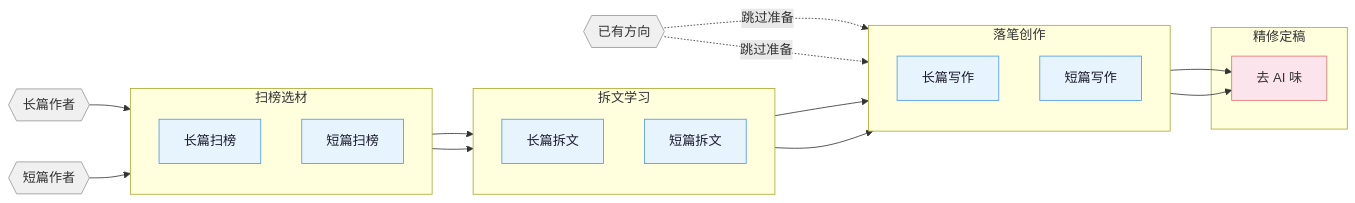
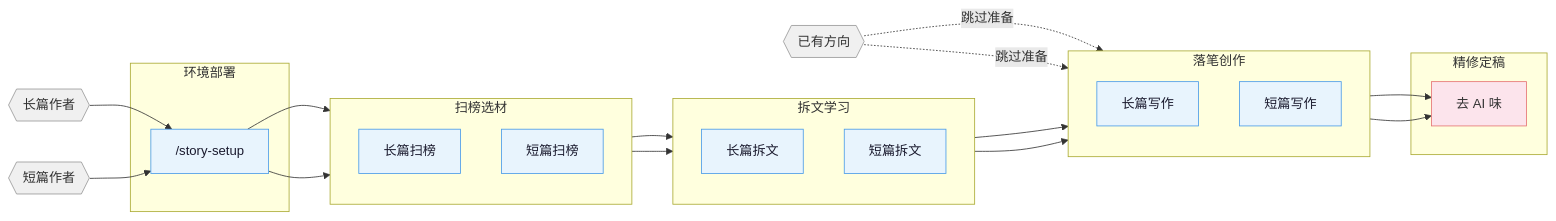
One commit to DevZonayed/nexalance-skill-worldwonderer-oh-story-claudecode changed the diagram in README.md. Above: the diagram before and after it, drawn with Mermaid. The commit also changed other lines of this file and 22 other files, not shown here.

First line of the commit message:
feat: story-setup 基础设施部署 skill（改进版） (#7)

````diff
--- a/README.md
+++ b/README.md
@@ -7,43 +7,49 @@
 ```mermaid
 flowchart LR
     classDef entry fill:#f0f0f0,color:#333,stroke:#999,stroke-width:1px
     classDef phase fill:#e8f4fd,color:#1a1a2e,stroke:#4a9be8,stroke-width:1px
     classDef final fill:#fce4ec,color:#333,stroke:#e57373,stroke-width:1px
 
     entry_l{{"长篇作者"}}:::entry
     entry_s{{"短篇作者"}}:::entry
     entry_r{{"已有方向"}}:::entry
+
+    subgraph S0 ["  环境部署"]
+        setup["/story-setup"]:::phase
+    end
 
     subgraph S1 ["  扫榜选材"]
         direction TB
         scan_l["长篇扫榜"]:::phase
         scan_s["短篇扫榜"]:::phase
     end
 
     subgraph S2 ["  拆文学习"]
         direction TB
         analyze_l["长篇拆文"]:::phase
         analyze_s["短篇拆文"]:::phase
     end
 
     subgraph S3 ["  落笔创作"]
         direction TB
         write_l["长篇写作"]:::phase
         write_s["短篇写作"]:::phase
     end
 
     subgraph S4 ["  精修定稿"]
         deslop["去 AI 味"]:::final
     end
 
-    entry_l --> scan_l
-    entry_s --> scan_s
+    entry_l --> setup
+    entry_s --> setup
+    setup --> scan_l
+    setup --> scan_s
     scan_l --> analyze_l
     scan_s --> analyze_s
     analyze_l --> write_l
     analyze_s --> write_s
     entry_r -.->|跳过准备| write_l
     entry_r -.->|跳过准备| write_s
     write_l --> deslop
     write_s --> deslop
 ```
````
